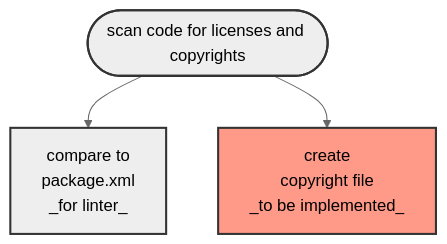
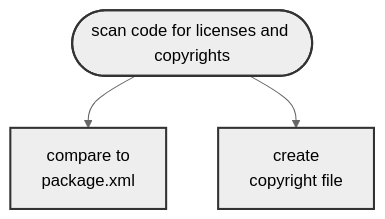
Before and after one commit to boschresearch/ros_license_toolkit: the diagram in README.md, drawn with Mermaid (neutral theme).

````diff
--- a/README.md
+++ b/README.md
@@ -12,13 +12,12 @@
 ```mermaid
 graph TD
     classDef stroke stroke:#333,stroke-width:2px;
     s([scan code for licenses and copyrights]) 
     class s stroke
-    p[compare to\n package.xml\n _for linter_]
+    p[compare to\n package.xml]
     class p stroke
-    c[create\ncopyright file\n_to be implemented_]
+    c[create\ncopyright file]
     class c stroke
-    style c fill:#f98,color:#000
     s --> p
     s --> c
 ```
````
